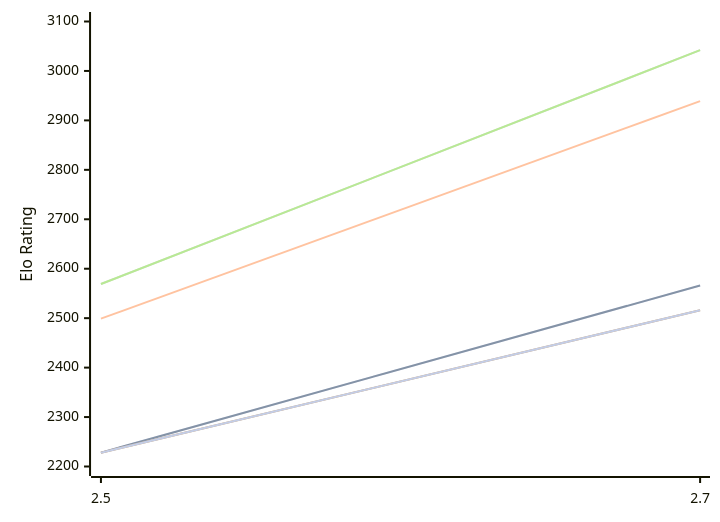
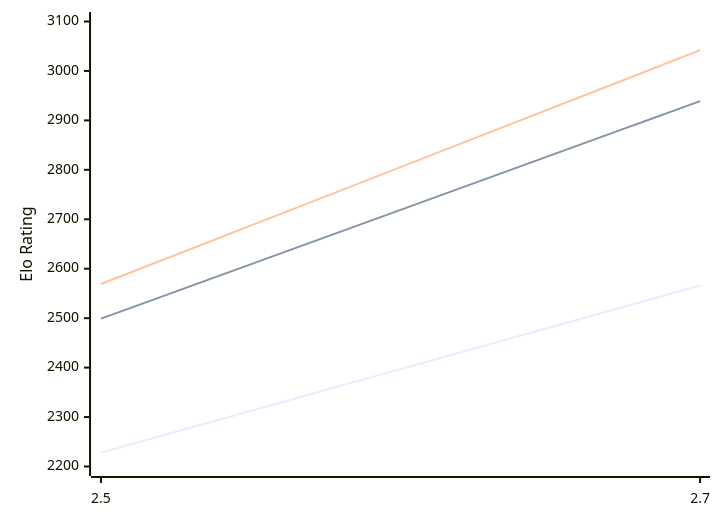
Before and after one commit to computer-chess-index/cci: the diagram in engines/Zevra.md, drawn with Mermaid. The commit also changed other lines of this file, not shown here.

````diff
--- a/engines/Zevra.md
+++ b/engines/Zevra.md
@@ -48,13 +48,9 @@
 ```mermaid
 %%{init: {"theme":"base","themeVariables":{"seriesColors:['#a3a3a3','#222221','#faa371']}}}%%
 xychart-beta
   x-axis ["2.5", "2.7"]
   y-axis "Elo Rating" 2200 --> 3100
-  line "" [2228, 2566]
   line "T1: STC (8.0+0.08s)" [2228, 2566]
   line "T1: LTC (60.0+0.60s)" [2499, 2939]
-  line "" [2569, 3042]
   line "T1: VLTC (2m24s+1.12s)" [2569, 3042]
-  line "" [2228,2516]
-  line "E1: STC (8.0+0.08s)" [2228,2516]
 ```
````
